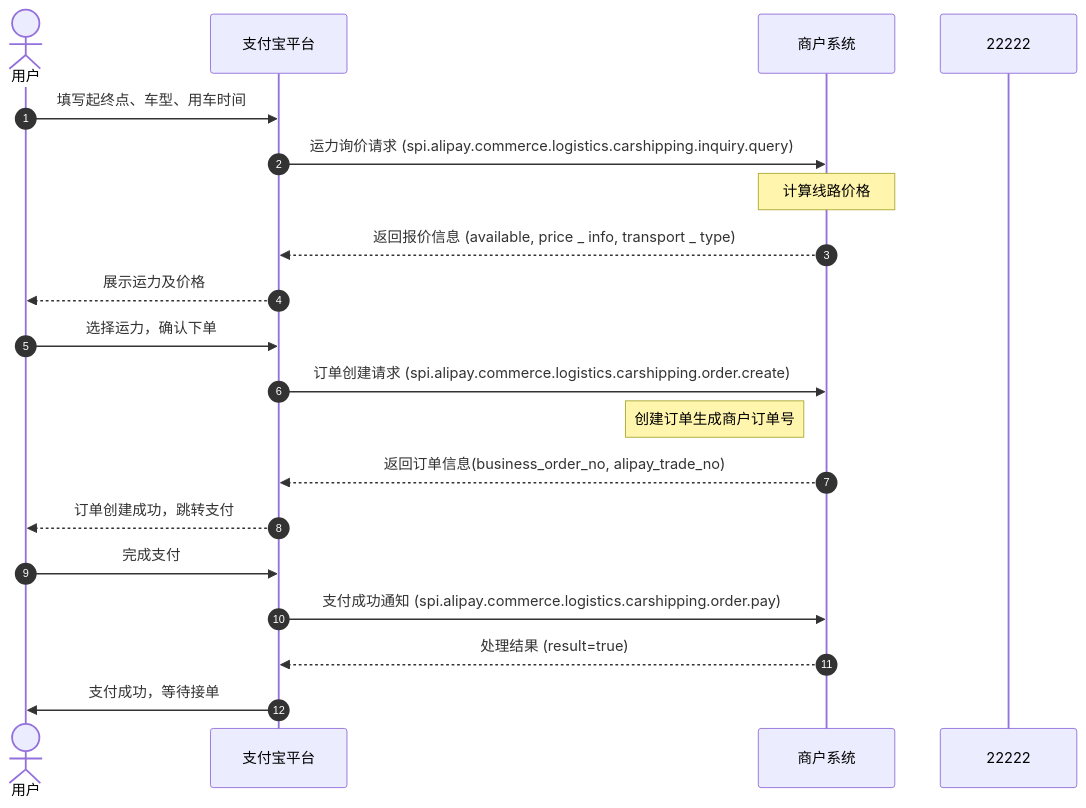
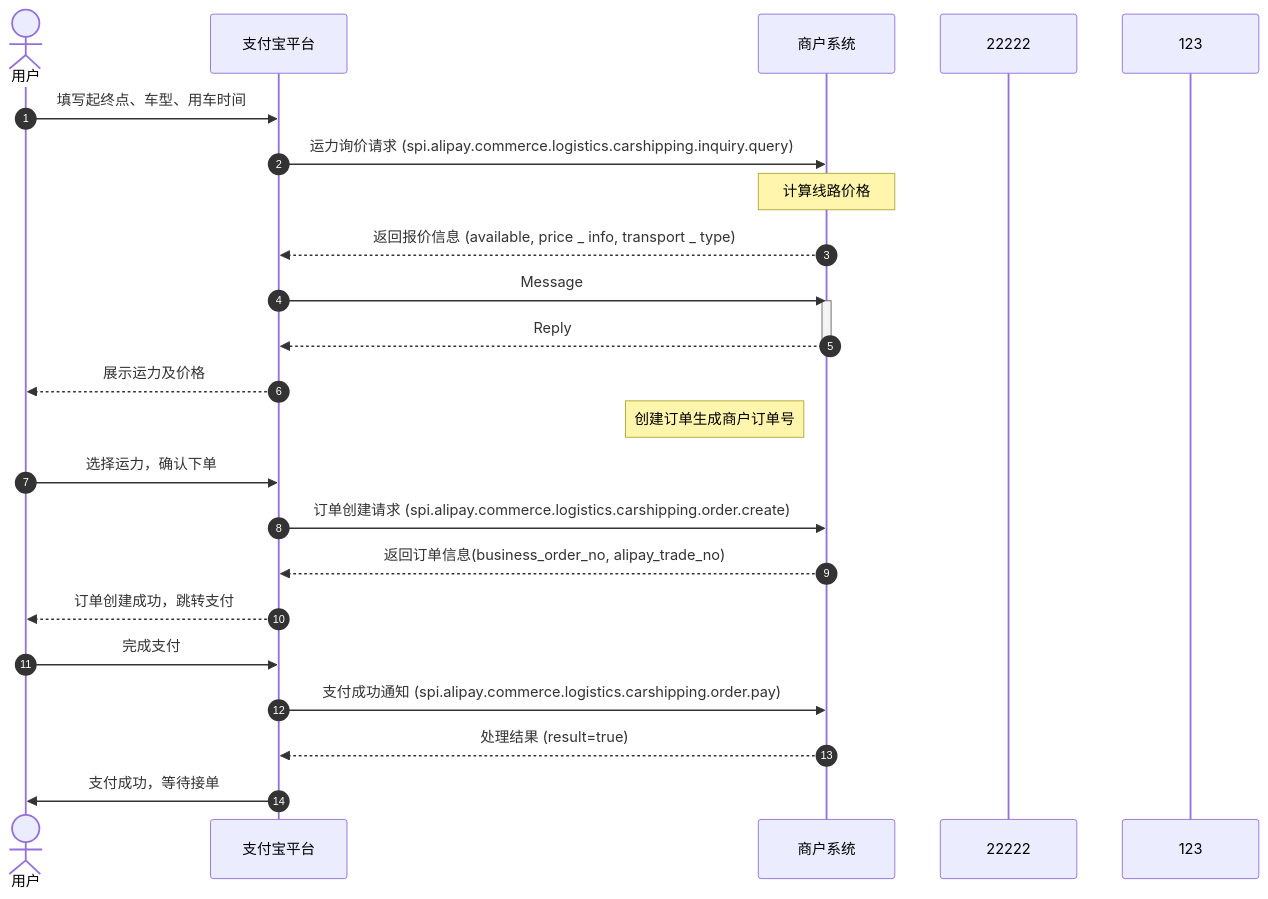
One commit to pingpm/mermaid_vault changed the diagram in mmd/test_dba1b258-be6a-414c-9967-aedbcccfa44f.mmd. Above: the diagram before and after it, drawn with Mermaid. The commit also changed 2 other files, not shown here.

Commit message:
Sync Mermaid Studio data (8 diagrams)

```diff
--- a/mmd/test_dba1b258-be6a-414c-9967-aedbcccfa44f.mmd
+++ b/mmd/test_dba1b258-be6a-414c-9967-aedbcccfa44f.mmd
@@ -1,20 +1,25 @@
 sequenceDiagram
   autonumber
   actor p0 as 用户
   participant p1 as 支付宝平台
   participant p2 as 商户系统
   participant p3 as 22222
+  participant p4 as 123
   p0->>p1: 填写起终点、⻋型、⽤⻋时间
   p1->>p2: 运⼒询价请求 (spi.alipay.commerce.logistics.carshipping.inquiry.query)
   Note over p2: 计算线路价格
   p2-->>p1: 返回报价信息 (available, price _ info, transport _ type)
+  p1->>p2: Message
+  activate p2
+  p2-->>p1: Reply
+  deactivate p2
   p1-->>p0: 展示运⼒及价格
+  Note left of p2: 创建订单⽣成商户订单号
   p0->>p1: 选择运⼒，确认下单
   p1->>p2: 订单创建请求 (spi.alipay.commerce.logistics.carshipping.order.create)
-  Note left of p2: 创建订单⽣成商户订单号
   p2-->>p1: 返回订单信息(business_order_no, alipay_trade_no)
   p1-->>p0: 订单创建成功，跳转⽀付
   p0->>p1: 完成⽀付
   p1->>p2: ⽀付成功通知 (spi.alipay.commerce.logistics.carshipping.order.pay)
   p2-->>p1: 处理结果 (result=true)
   p1->>p0: ⽀付成功，等待接单
```
